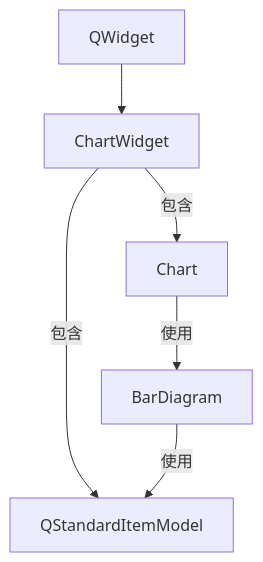
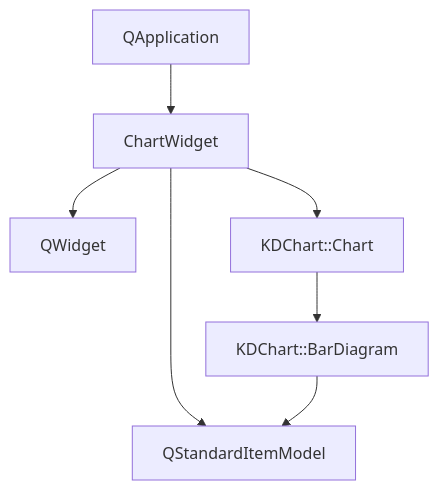
The first of 2 diagrams in examples/Bars/Parameters/README.md (cheng25/KDChart), drawn with Mermaid before and after one commit. The commit also changed other lines of this file and 49 other files, not shown here.

````diff
--- a/examples/Bars/Parameters/README.md
+++ b/examples/Bars/Parameters/README.md
@@ -59,8 +45,9 @@
 ```mermaid
 graph TD
-    A[QWidget] --> B[ChartWidget]
-    B -->|包含| C[Chart]
-    B -->|包含| D[QStandardItemModel]
-    C -->|使用| E[BarDiagram]
-    E -->|使用| D
+    A[QApplication] --> B[ChartWidget]
+    B --> C[QWidget]
+    B --> D[KDChart::Chart]
+    B --> E[QStandardItemModel]
+    D --> F[KDChart::BarDiagram]
+    F --> E
 ```
````
